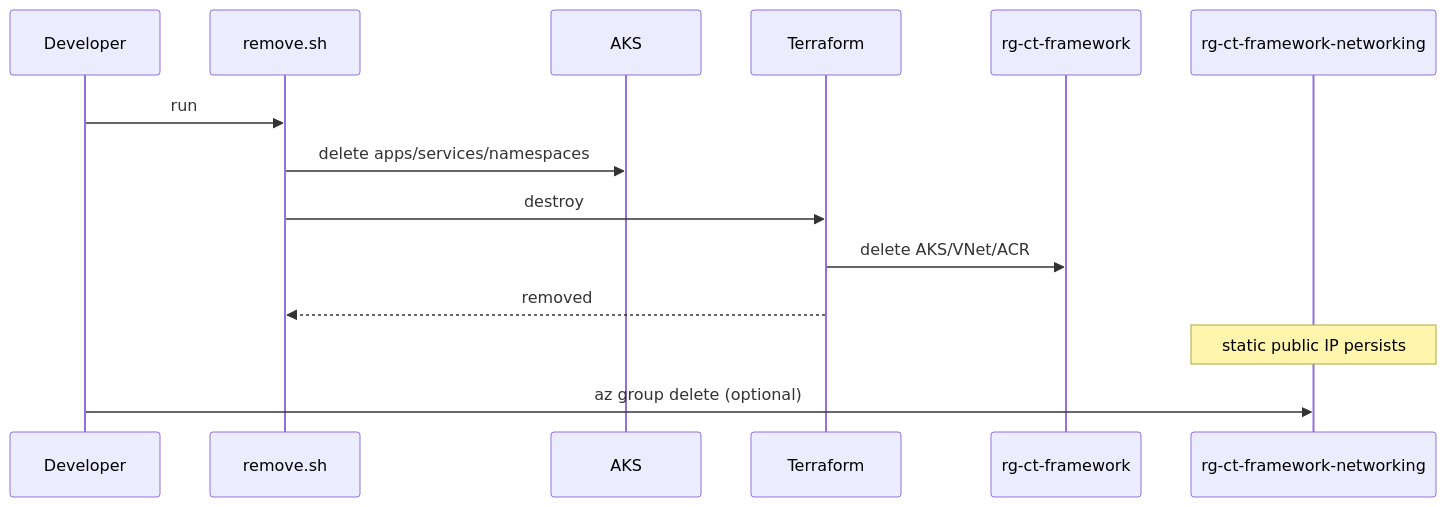
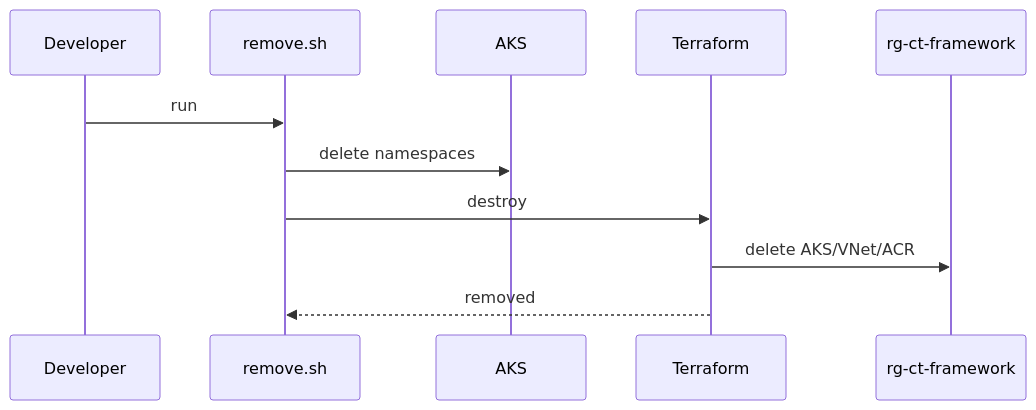
One commit to Dorigao-LTDA/infra-platform changed the diagram in docs/operations.md. Above: the diagram before and after it, drawn with Mermaid. The commit also changed other lines of this file and 33 other files, not shown here.

````diff
--- a/docs/operations.md
+++ b/docs/operations.md
@@ -24,17 +19,14 @@
 ```mermaid
 sequenceDiagram
   participant Dev as Developer
   participant Remove as remove.sh
   participant AKS as AKS
   participant TF as Terraform
   participant MainRG as rg-ct-framework
-  participant NetRG as rg-ct-framework-networking
 
   Dev->>Remove: run
-  Remove->>AKS: delete apps/services/namespaces
+  Remove->>AKS: delete namespaces
   Remove->>TF: destroy
   TF->>MainRG: delete AKS/VNet/ACR
   TF-->>Remove: removed
-  Note over NetRG: static public IP persists
-  Dev->>NetRG: az group delete (optional)
 ```
````
